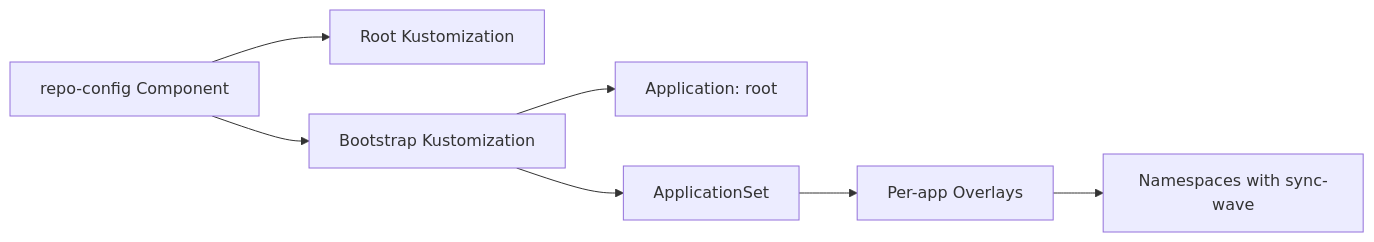
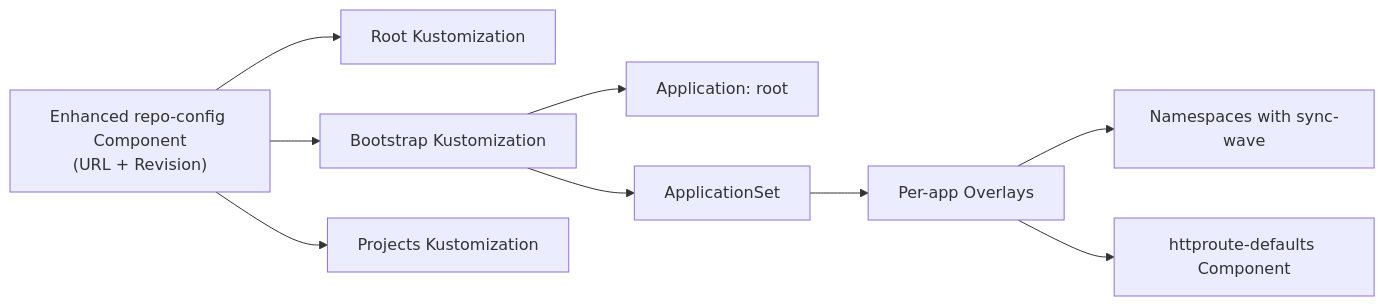
One commit to Hoangvu75/k8s_manifest changed the fourth of 4 diagrams in .qoder/repowiki/en/content/Application Configuration/Kustomize Configuration Patterns.md. Above: the diagram before and after it, drawn with Mermaid. The commit also changed other lines of this file and 5 other files, not shown here.

````diff
--- a/.qoder/repowiki/en/content/Application Configuration/Kustomize Configuration Patterns.md
+++ b/.qoder/repowiki/en/content/Application Configuration/Kustomize Configuration Patterns.md
@@ -249,9 +300,11 @@
 ```mermaid
 graph LR
-comp["repo-config Component"] --> root["Root Kustomization"]
+comp["Enhanced repo-config Component<br/>(URL + Revision)"] --> root["Root Kustomization"]
 comp --> boot["Bootstrap Kustomization"]
+comp --> proj["Projects Kustomization"]
 boot --> root_app["Application: root"]
 boot --> appset["ApplicationSet"]
 appset --> overlays["Per-app Overlays"]
 overlays --> ns["Namespaces with sync-wave"]
+overlays --> httproute["httproute-defaults Component"]
 ```
````
